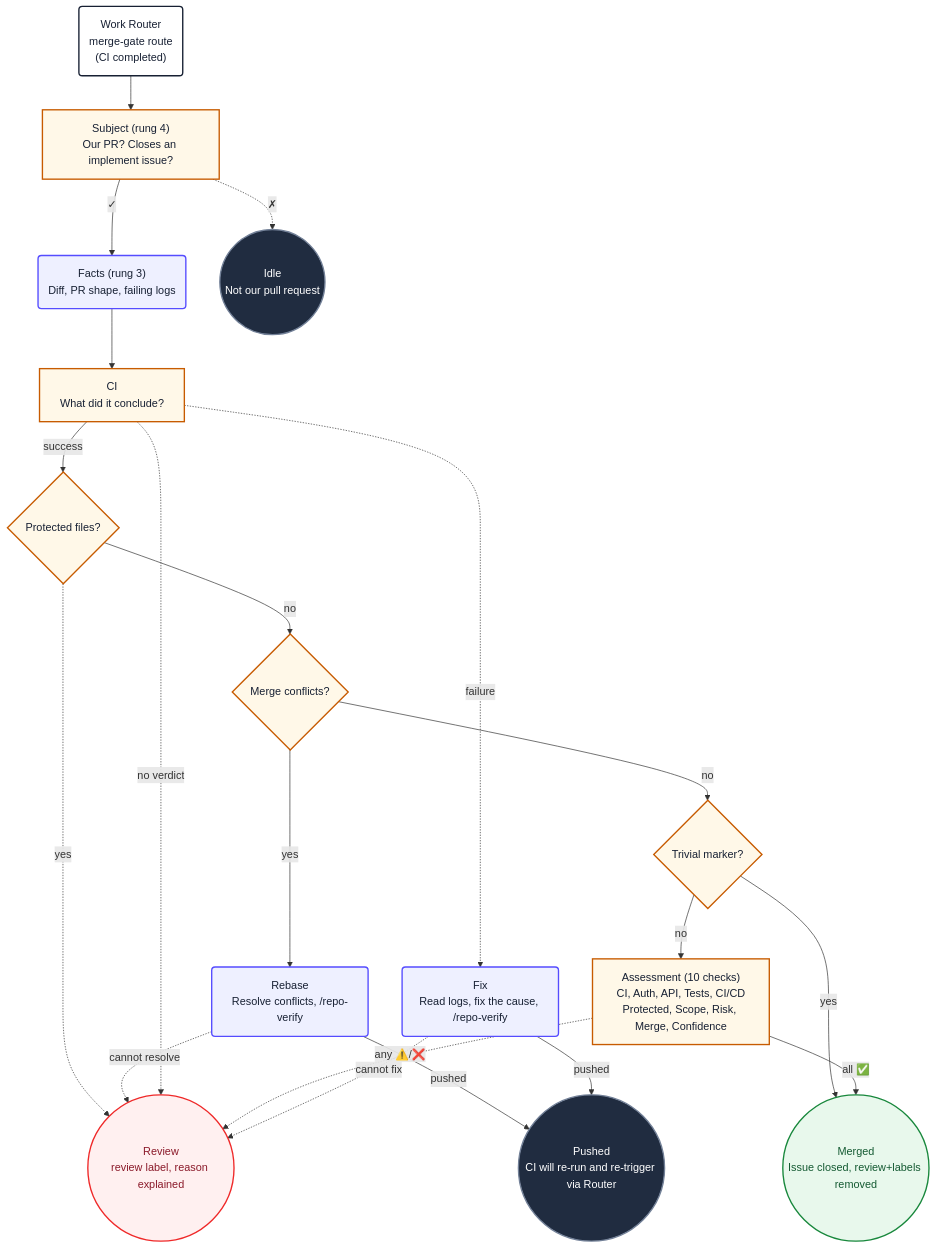
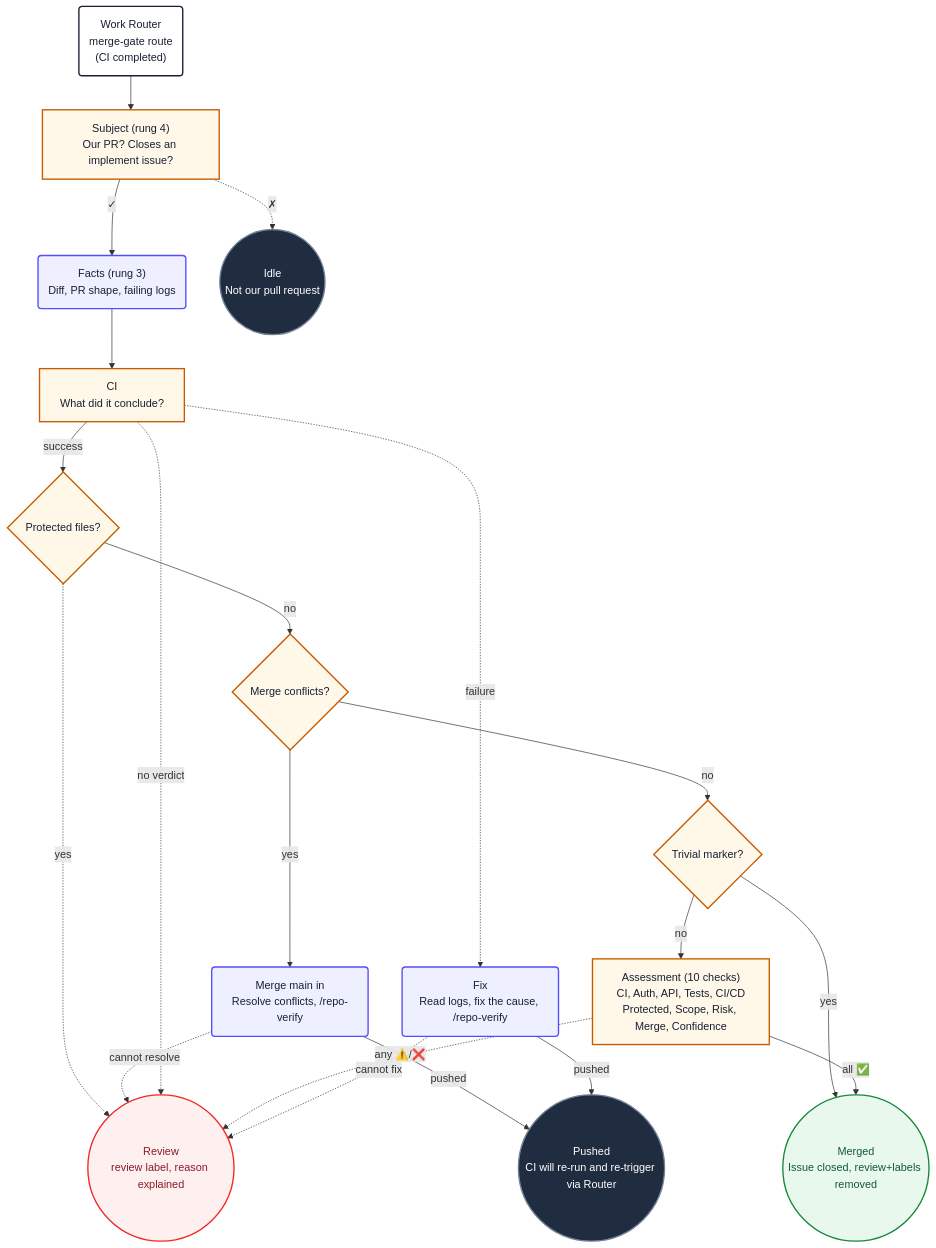
Before and after one commit to PlainConceptsPlatform/agentic-workflows: the diagram in loops/workflows/agent-merge-gate.md, drawn with Mermaid. The commit also changed other lines of this file and 1 other file, not shown here.

````diff
--- a/loops/workflows/agent-merge-gate.md
+++ b/loops/workflows/agent-merge-gate.md
@@ -737,42 +760,42 @@
 ```mermaid
 flowchart TD
     gateStart("Work Router<br/>merge-gate route<br/>(CI completed)") --> gateSubject
     gateSubject["Subject (rung 4)<br/>Our PR? Closes an implement issue?"] -->|✓| gateFacts
     gateSubject -.->|✗| gateIdle
     gateFacts("Facts (rung 3)<br/>Diff, PR shape, failing logs") --> gateCi
     gateCi["CI<br/>What did it conclude?"] -->|success| gateProtected
     gateProtected{"Protected files?"}
     gateProtected -.->|yes| gateHuman
     gateProtected -->|no| gateConflict
     gateConflict{"Merge conflicts?"}
     gateConflict -->|yes| gateRebase
     gateConflict -->|no| gateTrivial
-    gateRebase("Rebase<br/>Resolve conflicts, /repo-verify") -->|pushed| gateWait
+    gateRebase("Merge main in<br/>Resolve conflicts, /repo-verify") -->|pushed| gateWait
     gateRebase -.->|cannot resolve| gateHuman
     gateTrivial{"Trivial marker?"}
     gateTrivial -->|yes| gateMerge
     gateTrivial -->|no| gateAssess
     gateCi -.->|failure| gateFix
     gateCi -.->|no verdict| gateHuman
     gateAssess["Assessment (10 checks)<br/>CI, Auth, API, Tests, CI/CD<br/>Protected, Scope, Risk, Merge, Confidence"] -->|all ✅| gateMerge
     gateAssess -.->|any ⚠️/❌| gateHuman
     gateFix("Fix<br/>Read logs, fix the cause, /repo-verify") -->|pushed| gateWait
     gateFix -.->|cannot fix| gateHuman
     gateMerge(("Merged<br/>Issue closed, review+labels removed"))
     gateWait(("Pushed<br/>CI will re-run and re-trigger via Router"))
     gateHuman(("Review<br/>review label, reason explained"))
     gateIdle(("Idle<br/>Not our pull request"))
 
     classDef start fill:#ffffff,stroke:#172033,stroke-width:2px,color:#172033
     classDef action fill:#eef0ff,stroke:#554cff,stroke-width:2px,color:#172033
     classDef decision fill:#fff8e8,stroke:#c75b00,stroke-width:2px,color:#172033
     classDef idle fill:#202c40,stroke:#738198,stroke-width:2px,color:#ffffff
     classDef failure fill:#fff0f0,stroke:#ef2929,stroke-width:2px,color:#8b1a2a
     classDef success fill:#e8f8ec,stroke:#18883c,stroke-width:2px,color:#145a32
     class gateStart start
     class gateFacts,gateFix,gateRebase action
     class gateSubject,gateCi,gateAssess,gateTrivial,gateConflict,gateProtected decision
     class gateIdle,gateWait idle
     class gateHuman failure
     class gateMerge success
 ```
````
